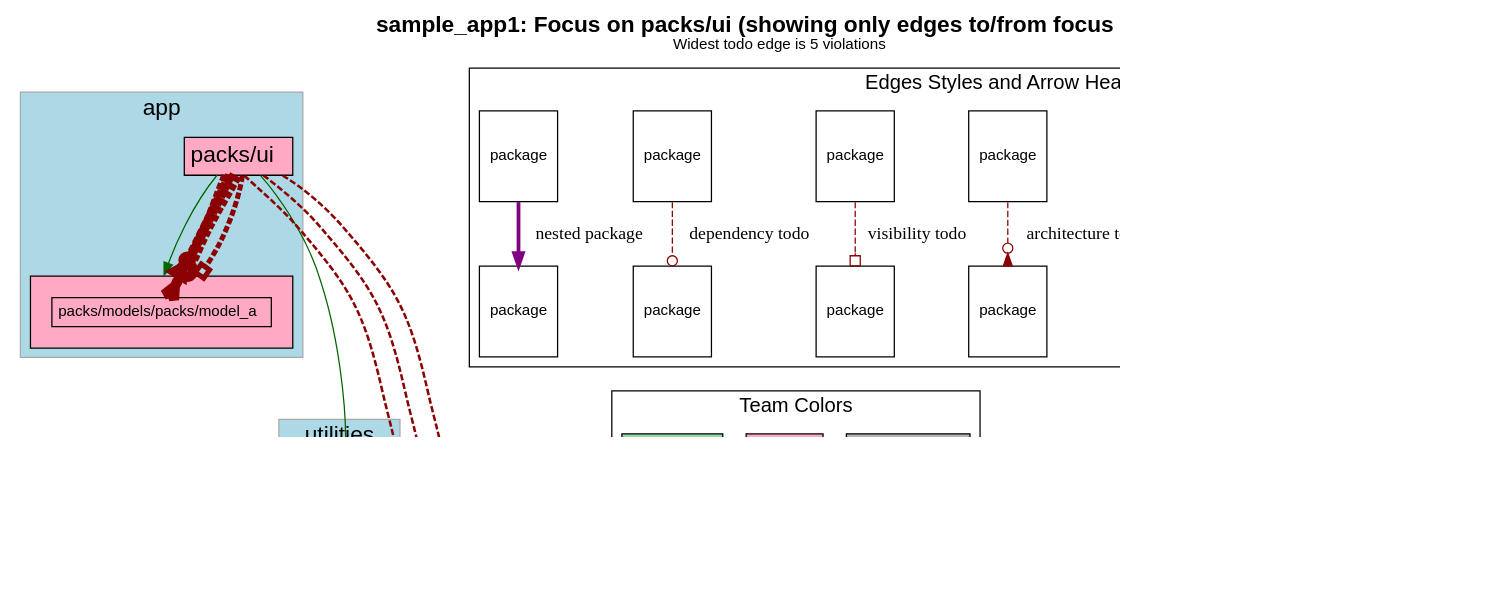
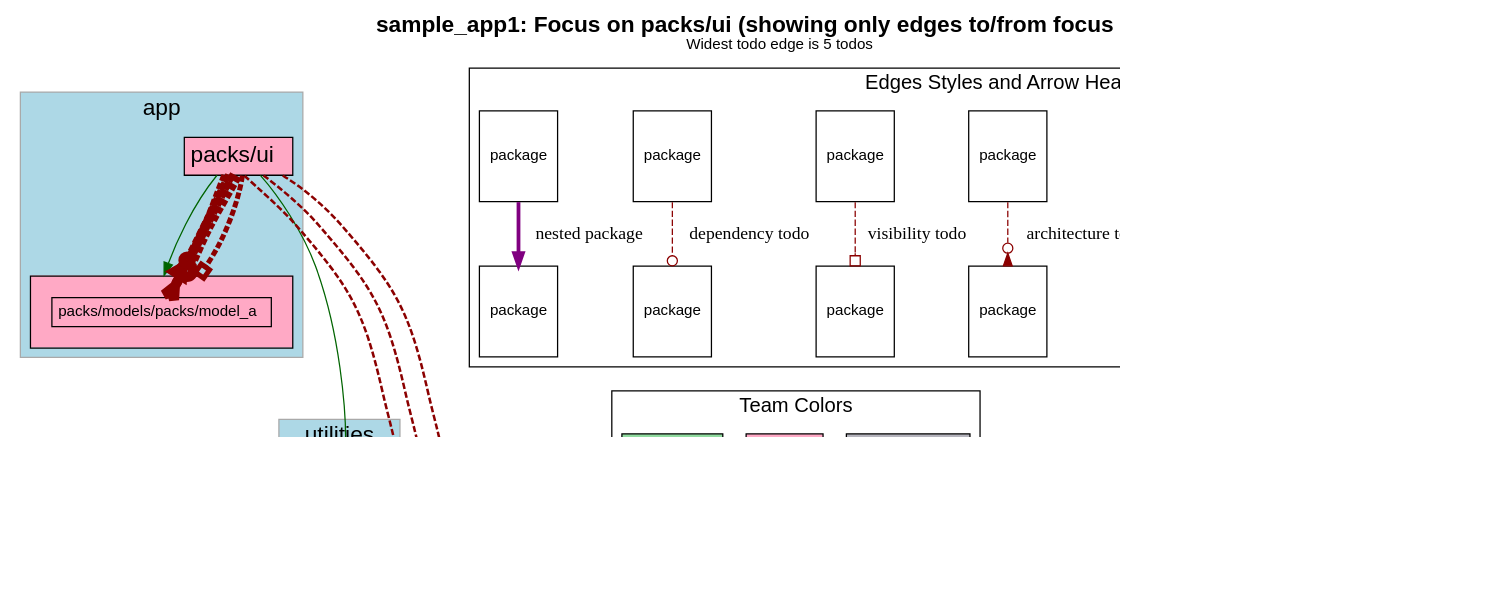
One commit to rubyatscale/visualize_packs changed the diagram in spec/sample_app1/test_output/focussed_on_packs_ui_focus_edges.dot. Above: the diagram before and after it, drawn with Graphviz. The commit also changed 16 other files, not shown here.

First line of the commit message:
Cleanup usage of todos vs violations (#34)

```diff
--- a/spec/sample_app1/test_output/focussed_on_packs_ui_focus_edges.dot
+++ b/spec/sample_app1/test_output/focussed_on_packs_ui_focus_edges.dot
@@ -1,190 +1,190 @@
 digraph package_diagram {
   rankdir=TD
   graph [
     labelloc="t"
     fontname="Helvetica,Arial,sans-serif"
     dpi=100
     layout=dot
-    label=<<b>sample_app1: Focus on packs/ui (showing only edges to/from focus pack)</b><br/><font point-size='12'>Widest todo edge is 5 violations</font>>
+    label=<<b>sample_app1: Focus on packs/ui (showing only edges to/from focus pack)</b><br/><font point-size='12'>Widest todo edge is 5 todos</font>>
     fontsize=18
   ]
   node [
     fontname="Helvetica,Arial,sans-serif"
     fontsize=26.0
     fontcolor=black
     fillcolor=white
     color=black
     height=1.0
     style=filled
     shape=plain
   ]
     subgraph app {
       shape=box
       color=darkgrey
       fillcolor=lightblue
       style=filled
         label="app"
         cluster=true
         rank = 0        "packs/models/packs/model_a" [
             fontsize=12.0
               URL="https://github.com/rubyatscale/visualize_packwerk/tree/main/spec/sample_app/packs/models/packs/model_a"
 
               style=filled
               fillcolor="#FFA9C5"
             label= <
                 <table border='0' cellborder='1' cellspacing='0' cellpadding='16'><tr><td>
                   <table border='0' cellborder='1' cellspacing='0' cellpadding='4'>
                     <tr> <td port='private'> packs/models/packs/model_a </td> </tr>
                   </table>
                 </td></tr></table>
               >
           ]
         
         "packs/ui" [
             fontsize=18.0
               URL="https://github.com/rubyatscale/visualize_packwerk/tree/main/spec/sample_app/packs/ui"
 
               style=filled
               fillcolor="#FFA9C5"
             label= <
                 <table border='0' cellborder='1' cellspacing='0' cellpadding='4'>
                   <tr> <td align='left'> packs/ui </td> </tr>
                 </table>
               >
           ]
         
     }
     subgraph utilities {
       shape=box
       color=darkgrey
       fillcolor=lightblue
       style=filled
         label="utilities"
         cluster=true
         rank = 1        "packs/utility" [
             fontsize=12.0
               URL="https://github.com/rubyatscale/visualize_packwerk/tree/main/spec/sample_app/packs/utility"
 
               style=filled
               fillcolor="#91DBA0"
             label= <
                 <table border='0' cellborder='1' cellspacing='0' cellpadding='4'>
                   <tr> <td align='left'> packs/utility </td> </tr>
                 </table>
               >
           ]
         
     }
               "packs/models/packs/model_a" -> "packs/utility" [ style=invis ]
               "packs/ui" -> "packs/utility" [ style=invis ]
     subgraph NotInLayer {
       shape=box
       color=darkgrey
       fillcolor=lightblue
       style=filled
         cluster=false
         "." [
             fontsize=12.0
               URL="https://github.com/rubyatscale/visualize_packwerk/tree/main/spec/sample_app/"
 
               style=filled
               fillcolor="#B5B4BD"
             label= <
                 <table border='0' cellborder='1' cellspacing='0' cellpadding='4'>
                   <tr> <td align='left'> . </td> </tr>
                 </table>
               >
           ]
         
     }
               "packs/utility" -> "." [ style=invis ]
           "packs/ui" -> "packs/models/packs/model_a" [ color=darkgreen ]
           "packs/ui" -> "packs/utility" [ color=darkgreen ]
             "packs/ui" -> "." [ color=darkred style=dashed
               constraint=false
               # headlabel="dependency"
                 arrowhead=odot
               penwidth=2            ]
             "packs/ui" -> "." [ color=darkred style=dashed
               constraint=false
               # headlabel="architecture"
                 arrowhead=invodot
               penwidth=2            ]
             "packs/ui" -> "." [ color=darkred style=dashed
               constraint=false
               # headlabel="visibility"
                 arrowhead=obox
               penwidth=2            ]
             "packs/ui" -> "packs/models/packs/model_a" [ color=darkred style=dashed
               constraint=false
               # headlabel="dependency"
                 arrowhead=odot
               penwidth=10            ]
             "packs/ui" -> "packs/models/packs/model_a":private [ color=darkred style=dashed
               constraint=false
               # headlabel="privacy"
                 arrowhead=crow
               penwidth=8            ]
             "packs/ui" -> "packs/models/packs/model_a" [ color=darkred style=dashed
               constraint=false
               # headlabel="architecture"
                 arrowhead=invodot
               penwidth=6            ]
             "packs/ui" -> "packs/models/packs/model_a" [ color=darkred style=dashed
               constraint=false
               # headlabel="visibility"
                 arrowhead=obox
               penwidth=4            ]
     subgraph cluster_legend {
       fontsize=16
       label="Edges Styles and Arrow Heads"
       A [ fontsize=12 shape=box label="package"]
       B [ fontsize=12 shape=box label="package"]
       C [ fontsize=12 shape=box label="package"]
       D [ fontsize=12 shape=box label="package"]
       E [ fontsize=12 shape=box label="package"]
       F [ fontsize=12 shape=box label="package"]
       G [ fontsize=12 shape=box label="package"]
       H [ fontsize=12 shape=box label="package"]
       I [ fontsize=12 shape=box label="package"]
       J [ fontsize=12 shape=box label="package"]
       K [ fontsize=12 shape=box label="package"]
       L [ fontsize=12 shape=box label="package"]
       A -> B [label="accepted dependency" color=darkgreen]
       C -> D [label="privacy todo" color=darkred style=dashed arrowhead=crow]
       E -> F [label="architecture todo" color=darkred style=dashed arrowhead=invodot]
       G -> H [label="visibility todo" color=darkred style=dashed arrowhead=obox]
       I -> J [label="dependency todo" color=darkred style=dashed arrowhead=odot]
       K -> L [label="nested package" color=purple penwidth=3]
     }
   subgraph cluster_teams_legend {
     fontsize=16
     label="Team Colors"
 
       "ProdInfra TeamProdInfra Team" [
         label="ProdInfra Team"
         style=filled
         fillcolor="#B5B4BD"
         fontsize=12
         shape=box
       ]
 
       "UI TeamUI Team" [
         label="UI Team"
         style=filled
         fillcolor="#FFA9C5"
         fontsize=12
         shape=box
       ]
 
       "Utility TeamUtility Team" [
         label="Utility Team"
         style=filled
         fillcolor="#91DBA0"
         fontsize=12
         shape=box
       ]
 
   }
     J -> "Utility TeamUtility Team" [style=invis]
 }
```
